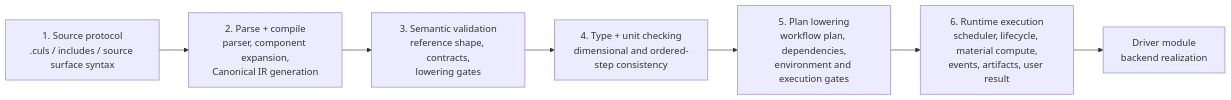
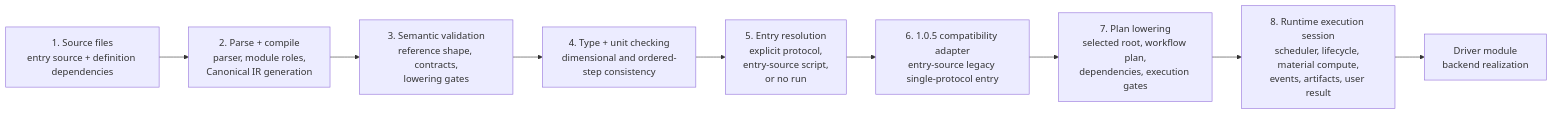
Before and after one commit to culsma/culsma: the first of 2 diagrams in docs/global_architecture_diagrams.md, drawn with Mermaid. The commit also changed other lines of this file and 30 other files, not shown here.

Commit message:
feat: separate script entry execution

````diff
--- a/docs/global_architecture_diagrams.md
+++ b/docs/global_architecture_diagrams.md
@@ -17,17 +17,21 @@
 ```mermaid
 flowchart LR
-    Source["1. Source protocol<br/>.culs / includes / source surface syntax"]
-    ParseCompile["2. Parse + compile<br/>parser, component expansion,<br/>Canonical IR generation"]
+    Source["1. Source files<br/>entry source + definition dependencies"]
+    ParseCompile["2. Parse + compile<br/>parser, module roles,<br/>Canonical IR generation"]
     Validate["3. Semantic validation<br/>reference shape, contracts,<br/>lowering gates"]
     Typecheck["4. Type + unit checking<br/>dimensional and ordered-step consistency"]
-    Plan["5. Plan lowering<br/>workflow plan, dependencies,<br/>environment and execution gates"]
-    Runtime["6. Runtime execution<br/>scheduler, lifecycle, material compute,<br/>events, artifacts, user result"]
+    Entry["5. Entry resolution<br/>explicit protocol,<br/>entry-source script,<br/>or no run"]
+    Compat["6. 1.0.5 compatibility adapter<br/>entry-source legacy single-protocol entry"]
+    Plan["7. Plan lowering<br/>selected root, workflow plan,<br/>dependencies, execution gates"]
+    Runtime["8. Runtime execution session<br/>scheduler, lifecycle, material compute,<br/>events, artifacts, user result"]
     Driver["Driver module<br/>backend realization"]
 
     Source --> ParseCompile
     ParseCompile --> Validate
     Validate --> Typecheck
-    Typecheck --> Plan
+    Typecheck --> Entry
+    Entry --> Compat
+    Compat --> Plan
     Plan --> Runtime
     Runtime --> Driver
 ```
````
